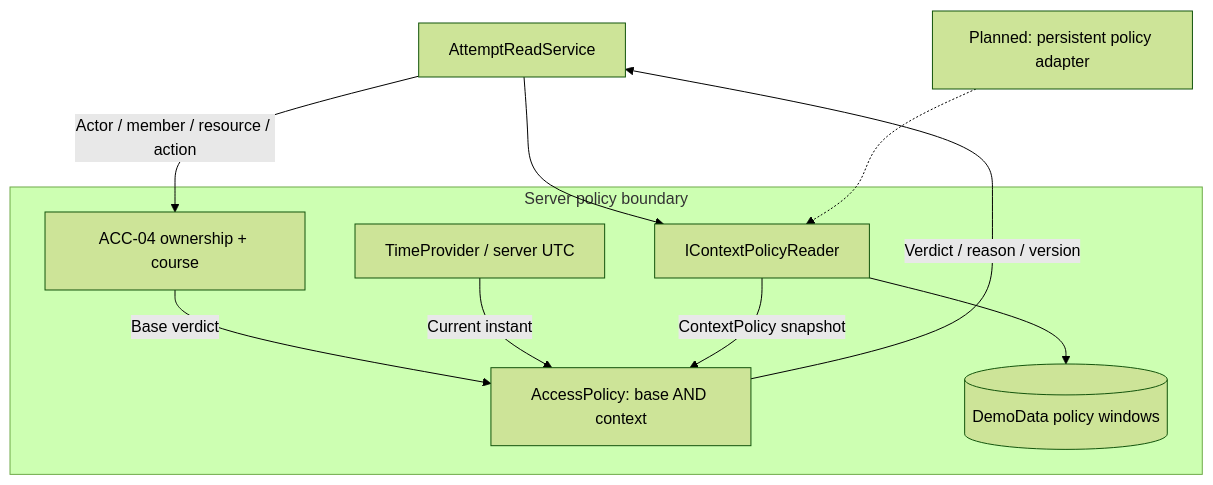
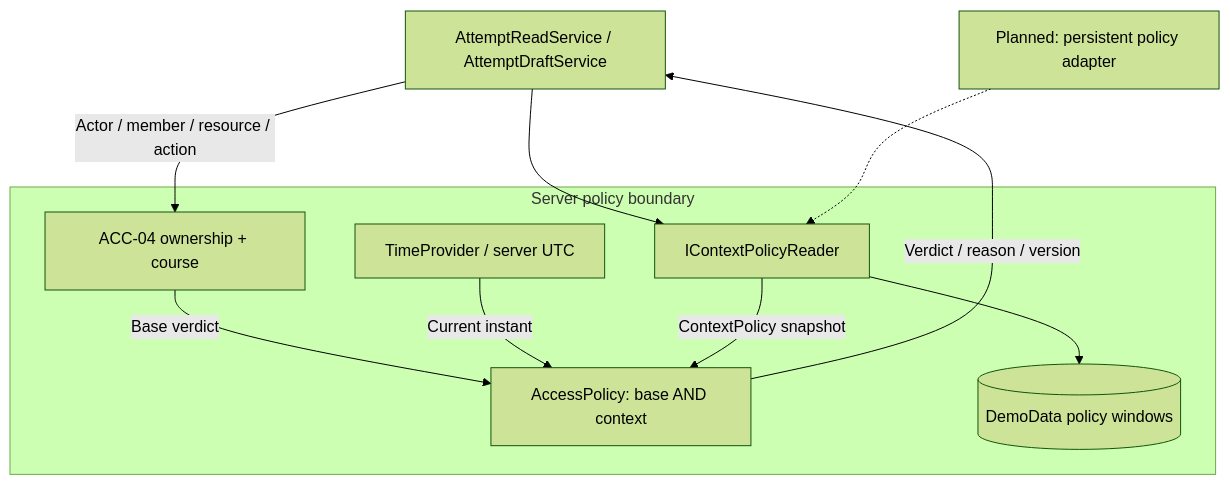
The first of 2 diagrams in docs/components/access/ACC-08.md (owlCoder/scutum), drawn with Mermaid (forest theme) before and after one commit. The commit also changed other lines of this file and 39 other files, not shown here.

````diff
--- a/docs/components/access/ACC-08.md
+++ b/docs/components/access/ACC-08.md
@@ -20,20 +20,20 @@
 ```mermaid
 flowchart TB
-  CALLER["AttemptReadService"]
+  CALLER["AttemptReadService / AttemptDraftService"]
   subgraph Policy["Server policy boundary"]
     BASE["ACC-04 ownership + course"]
     COMBINE["AccessPolicy: base AND context"]
     TIME["TimeProvider / server UTC"]
     READER["IContextPolicyReader"]
     SEED[("DemoData policy windows")]
     READER --> SEED
     BASE -->|"Base verdict"| COMBINE
     TIME -->|"Current instant"| COMBINE
     READER -->|"ContextPolicy snapshot"| COMBINE
   end
   CALLER -->|"Actor / member / resource / action"| BASE
   CALLER --> READER
   COMBINE -->|"Verdict / reason / version"| CALLER
   FUTURE["Planned: persistent policy adapter"]
   FUTURE -.-> READER
 ```
````
